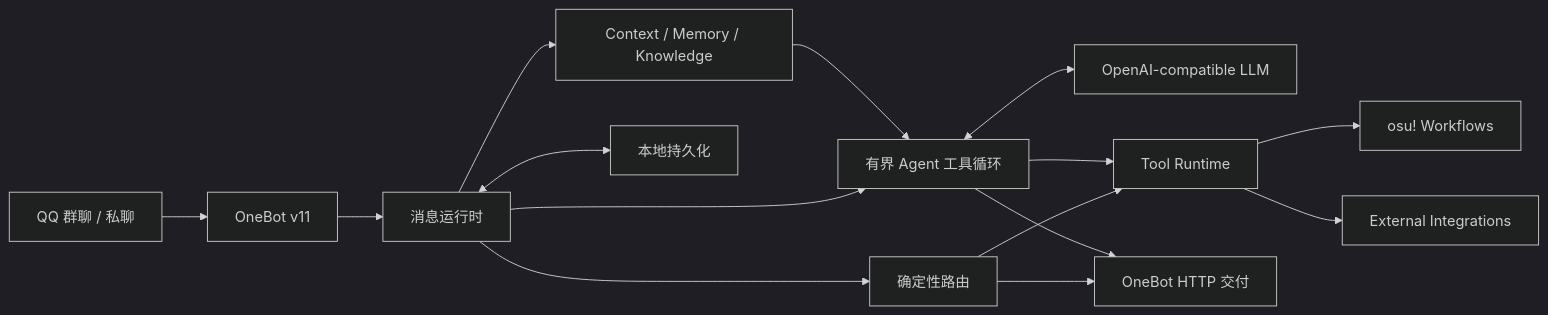
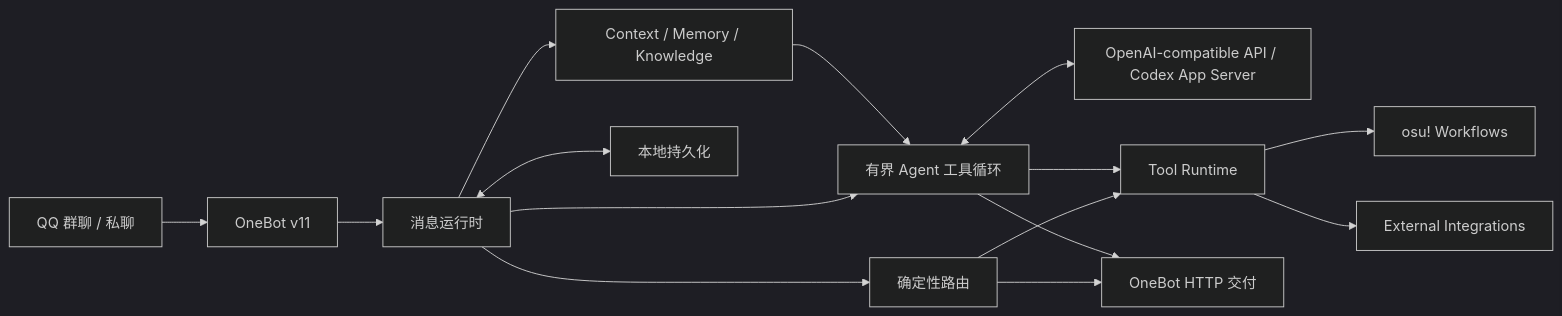
One commit to GH-Wuxin/WuxinBot changed the diagram in README.md. Above: the diagram before and after it, drawn with Mermaid (dark theme). The commit also changed other lines of this file and 14 other files, not shown here.

````diff
--- a/README.md
+++ b/README.md
@@ -19,17 +19,17 @@
 ```mermaid
 flowchart LR
     QQ["QQ 群聊 / 私聊"] --> OB["OneBot v11"]
     OB --> RT["消息运行时"]
     RT --> ROUTE["确定性路由"]
     RT --> LOOP["有界 Agent 工具循环"]
-    LOOP <--> LLM["OpenAI-compatible LLM"]
+    LOOP <--> LLM["OpenAI-compatible API / Codex App Server"]
     RT --> CONTEXT["Context / Memory / Knowledge"]
     CONTEXT --> LOOP
     ROUTE --> TOOLS["Tool Runtime"]
     LOOP --> TOOLS
     TOOLS --> OSU["osu! Workflows"]
     TOOLS --> EXT["External Integrations"]
     ROUTE --> DELIVERY["OneBot HTTP 交付"]
     LOOP --> DELIVERY
     RT <--> STORE["本地持久化"]
 ```
````
